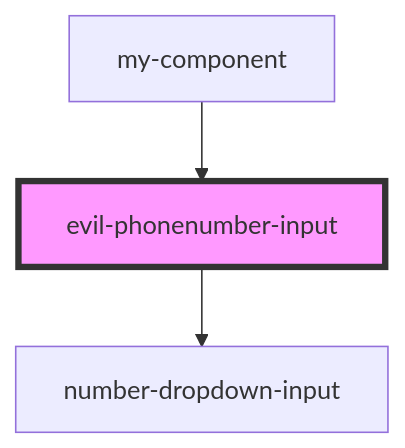
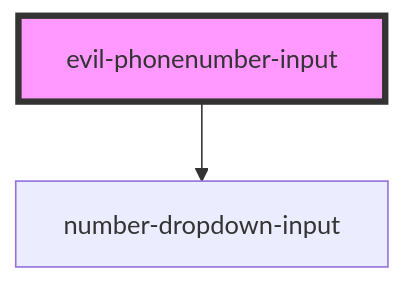
One commit to lilagoz/evil-ui changed the diagram in packages/stencil-library/src/components/evil-phonenumber-input/readme.md. Above: the diagram before and after it, drawn with Mermaid. The commit also changed other lines of this file and 41 other files, not shown here.

````diff
--- a/packages/stencil-library/src/components/evil-phonenumber-input/readme.md
+++ b/packages/stencil-library/src/components/evil-phonenumber-input/readme.md
@@ -26,6 +22,5 @@
 ```mermaid
 graph TD;
   evil-phonenumber-input --> number-dropdown-input
-  my-component --> evil-phonenumber-input
   style evil-phonenumber-input fill:#f9f,stroke:#333,stroke-width:4px
 ```
````
